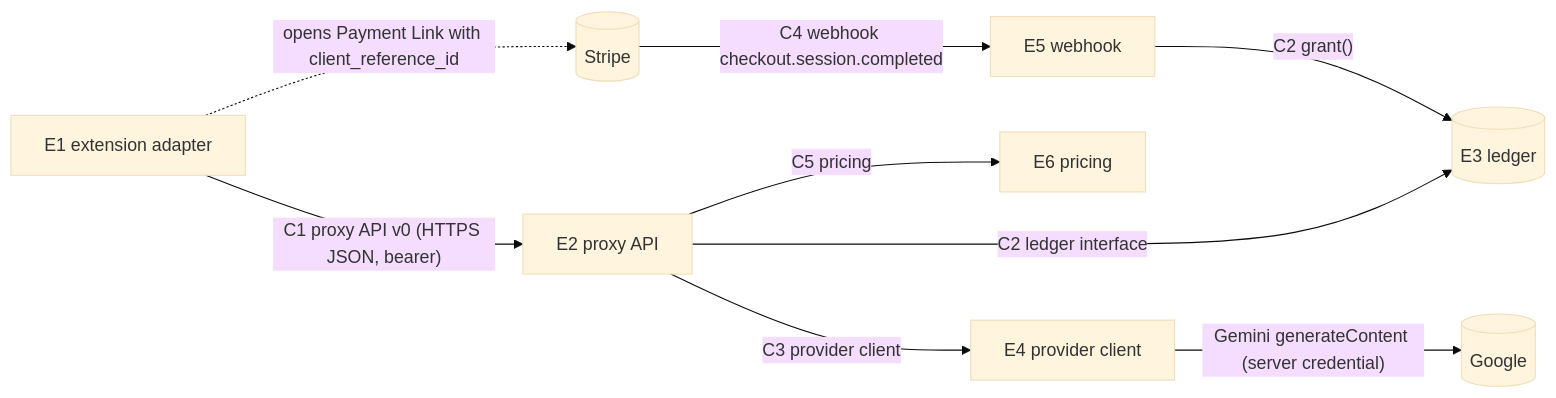
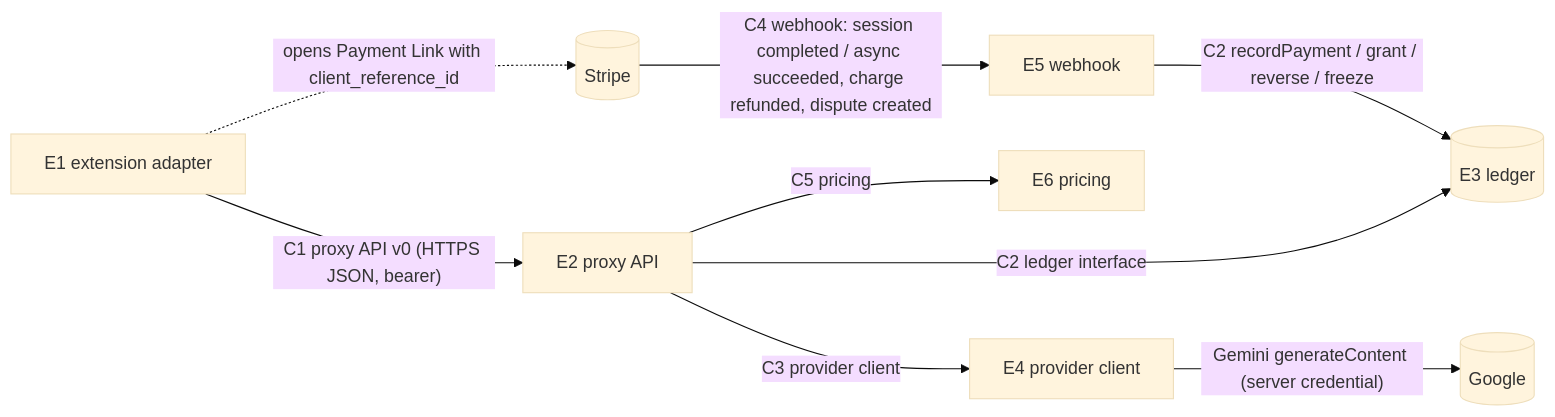
Before and after one commit to tedks/lang-weave: the diagram in docs/specs/managed-key.md, drawn with Mermaid (base theme). The commit also changed other lines of this file and 1 other file, not shown here.

````diff
--- a/docs/specs/managed-key.md
+++ b/docs/specs/managed-key.md
@@ -78,11 +83,11 @@
 ```mermaid
 graph LR
   EXT[E1 extension adapter] -- "C1 proxy API v0 (HTTPS JSON, bearer)" --> API[E2 proxy API]
   API -- "C2 ledger interface" --> LED[(E3 ledger)]
   API -- "C3 provider client" --> PROV[E4 provider client]
   PROV -- "Gemini generateContent (server credential)" --> G[(Google)]
   API -- "C5 pricing" --> PR[E6 pricing]
-  STR[(Stripe)] -- "C4 webhook checkout.session.completed" --> WH[E5 webhook]
-  WH -- "C2 grant()" --> LED
+  STR[(Stripe)] -- "C4 webhook: session completed / async succeeded, charge refunded, dispute created" --> WH[E5 webhook]
+  WH -- "C2 recordPayment / grant / reverse / freeze" --> LED
   EXT -. "opens Payment Link with client_reference_id" .-> STR
 ```
````
